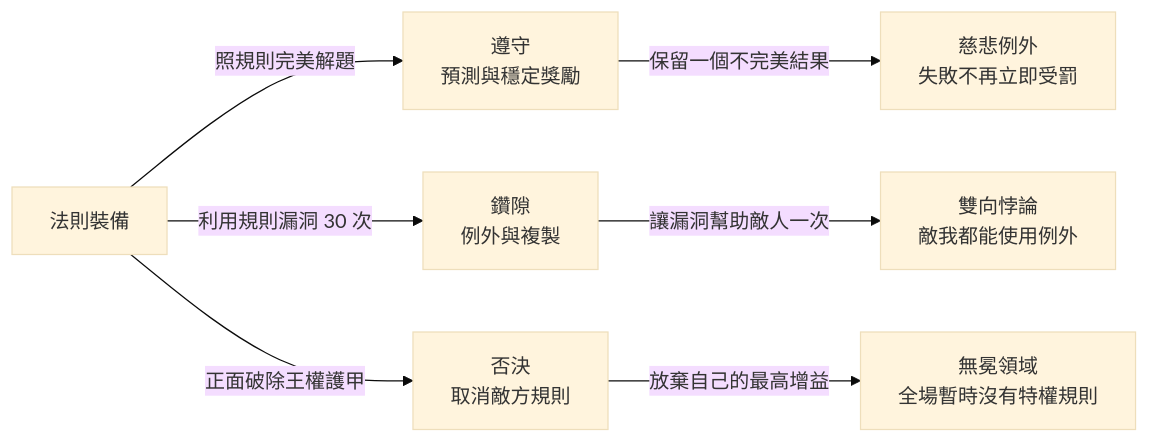
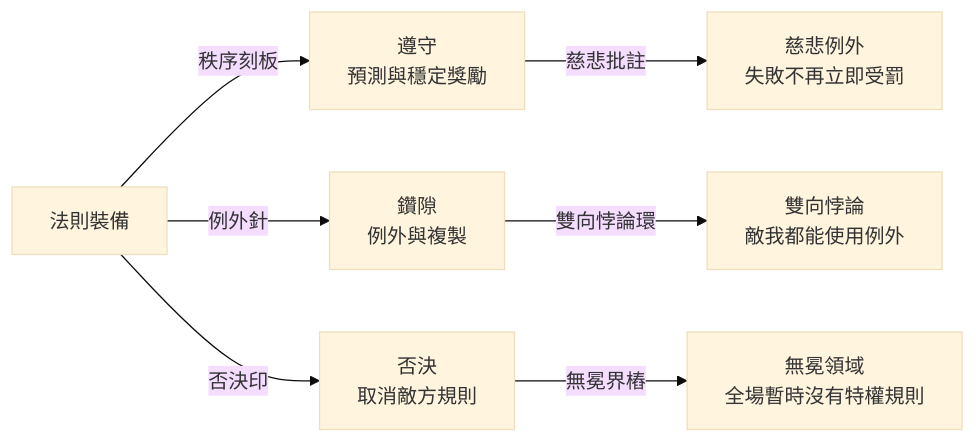
Before and after one commit to judadao/game_godot: the seventh of 11 diagrams in concept/story/game_story/05_戰鬥設計/裝備詞條與進化路線.md, drawn with Mermaid (base theme). The commit also changed other lines of this file and 72 other files, not shown here.

````diff
--- a/concept/story/game_story/05_戰鬥設計/裝備詞條與進化路線.md
+++ b/concept/story/game_story/05_戰鬥設計/裝備詞條與進化路線.md
@@ -220,9 +224,9 @@
 ```mermaid
 flowchart LR
-    A[法則裝備] -->|照規則完美解題| B[遵守<br/>預測與穩定獎勵]
-    A -->|利用規則漏洞 30 次| C[鑽隙<br/>例外與複製]
-    A -->|正面破除王權護甲| D[否決<br/>取消敵方規則]
-    B -->|保留一個不完美結果| E[慈悲例外<br/>失敗不再立即受罰]
-    C -->|讓漏洞幫助敵人一次| F[雙向悖論<br/>敵我都能使用例外]
-    D -->|放棄自己的最高增益| G[無冕領域<br/>全場暫時沒有特權規則]
+    A[法則裝備] -->|秩序刻板| B[遵守<br/>預測與穩定獎勵]
+    A -->|例外針| C[鑽隙<br/>例外與複製]
+    A -->|否決印| D[否決<br/>取消敵方規則]
+    B -->|慈悲批註| E[慈悲例外<br/>失敗不再立即受罰]
+    C -->|雙向悖論環| F[雙向悖論<br/>敵我都能使用例外]
+    D -->|無冕界樁| G[無冕領域<br/>全場暫時沒有特權規則]
 ```
````
